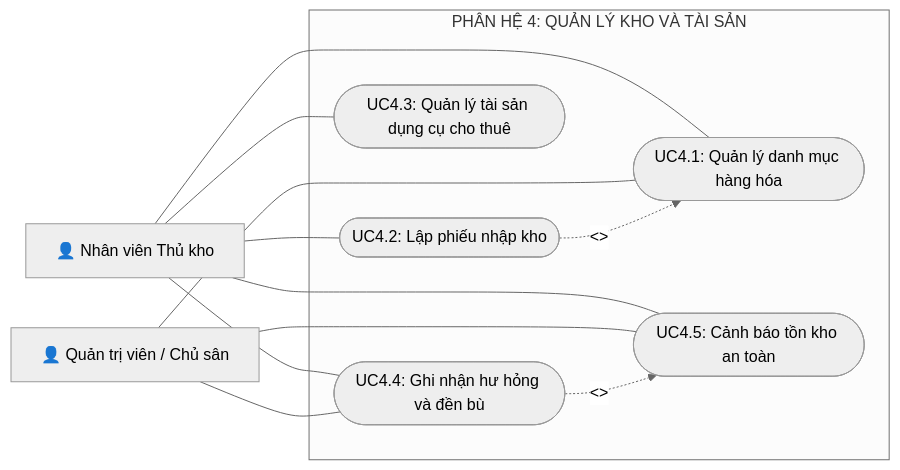
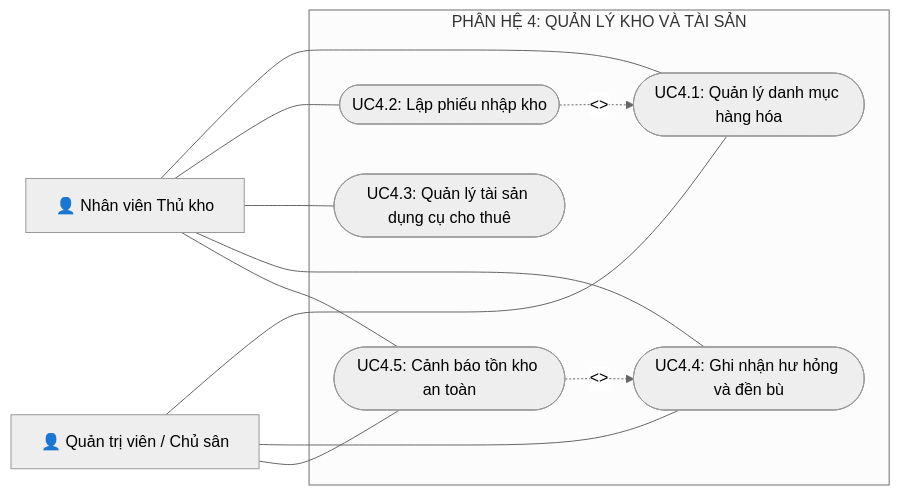
The sixth of 7 diagrams in BTH/BTH3_UsecaseDiagram/BTH3_UsecaseDiagram.md (nphat-code/DoAn-OOAD-SGU), drawn with Mermaid (neutral theme) before and after one commit. The commit also changed other lines of this file and 1 other file, not shown here.

Commit message:
docs(usecases): correct total main use case count to 24 and fix extend direction in table 4.2

````diff
--- a/BTH/BTH3_UsecaseDiagram/BTH3_UsecaseDiagram.md
+++ b/BTH/BTH3_UsecaseDiagram/BTH3_UsecaseDiagram.md
@@ -250,26 +250,26 @@
 ```mermaid
 flowchart LR
     WarehouseStaff["👤 Nhân viên Thủ kho"]
     Admin["👤 Quản trị viên / Chủ sân"]
 
     subgraph Subsystem4 ["PHÂN HỆ 4: QUẢN LÝ KHO VÀ TÀI SẢN"]
         UC41(["UC4.1: Quản lý danh mục hàng hóa"])
         UC42(["UC4.2: Lập phiếu nhập kho"])
         UC43(["UC4.3: Quản lý tài sản dụng cụ cho thuê"])
         UC44(["UC4.4: Ghi nhận hư hỏng và đền bù"])
         UC45(["UC4.5: Cảnh báo tồn kho an toàn"])
     end
 
     WarehouseStaff --- UC41
     WarehouseStaff --- UC42
     WarehouseStaff --- UC43
     WarehouseStaff --- UC44
     WarehouseStaff --- UC45
 
     Admin --- UC41
     Admin --- UC44
     Admin --- UC45
 
     UC42 -.->|<<include>>| UC41
-    UC44 -.->|<<extend>>| UC45
+    UC45 -.->|<<extend>>| UC44
 ```
````
